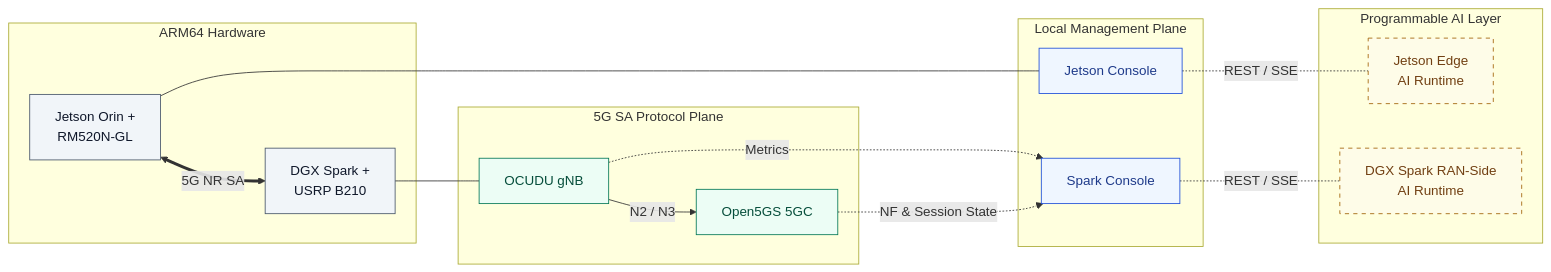
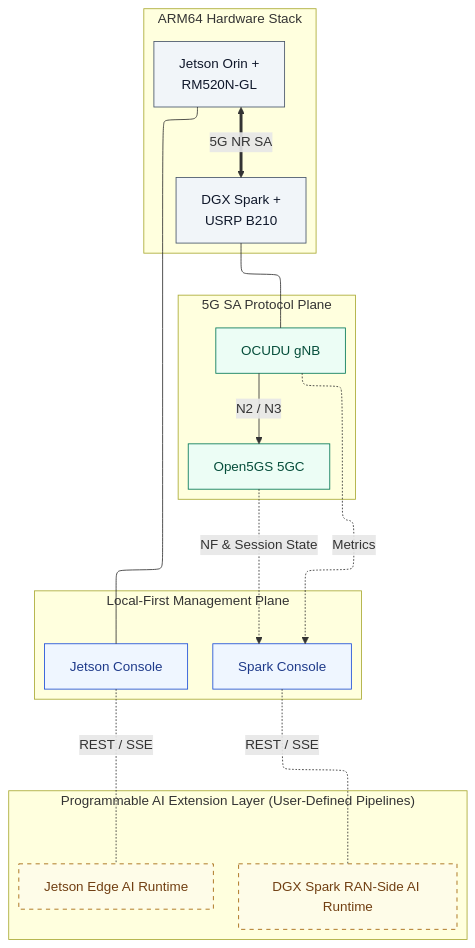
One commit to HKUOpenSource/OpenAirKit changed the diagram in README.md. Above: the diagram before and after it, drawn with Mermaid. The commit also changed 5 other files, not shown here.

Commit message:
docs: switch layered Mermaid diagrams to vertical TB with ELK layout

````diff
--- a/README.md
+++ b/README.md
@@ -58,36 +58,44 @@
 ```mermaid
-flowchart LR
+---
+config:
+  layout: elk
+---
+flowchart TB
   classDef hw fill:#f1f5f9,stroke:#475569,color:#0f172a
   classDef stack fill:#ecfdf5,stroke:#047857,color:#064e3b
   classDef mgmt fill:#eff6ff,stroke:#1d4ed8,color:#1e3a8a
   classDef ai fill:#fefce8,stroke:#a16207,stroke-dasharray:5 5,color:#713f12
 
-  subgraph HW["ARM64 Hardware"]
+  subgraph HW["ARM64 Hardware Stack"]
+    direction LR
     UEHW["Jetson Orin +<br/>RM520N-GL"]:::hw
     BSHW["DGX Spark +<br/>USRP B210"]:::hw
     UEHW <== "5G NR SA" ==> BSHW
   end
 
   subgraph STACK["5G SA Protocol Plane"]
+    direction LR
     RAN["OCUDU gNB"]:::stack
     CORE["Open5GS 5GC"]:::stack
     RAN -- "N2 / N3" --> CORE
   end
 
-  subgraph MGMT["Local Management Plane"]
+  subgraph MGMT["Local-First Management Plane"]
+    direction LR
     JC["Jetson Console"]:::mgmt
     SP["Spark Console"]:::mgmt
   end
 
-  subgraph AI["Programmable AI Layer"]
-    JAI["Jetson Edge<br/>AI Runtime"]:::ai
-    SAI["DGX Spark RAN-Side<br/>AI Runtime"]:::ai
+  subgraph AI["Programmable AI Extension Layer (User-Defined Pipelines)"]
+    direction LR
+    JAI["Jetson Edge AI Runtime"]:::ai
+    SAI["DGX Spark RAN-Side AI Runtime"]:::ai
   end
 
   UEHW --- JC
   BSHW --- RAN
   RAN -. "Metrics" .-> SP
   CORE -. "NF & Session State" .-> SP
   JC -. "REST / SSE" .- JAI
   SP -. "REST / SSE" .- SAI
 ```
````
